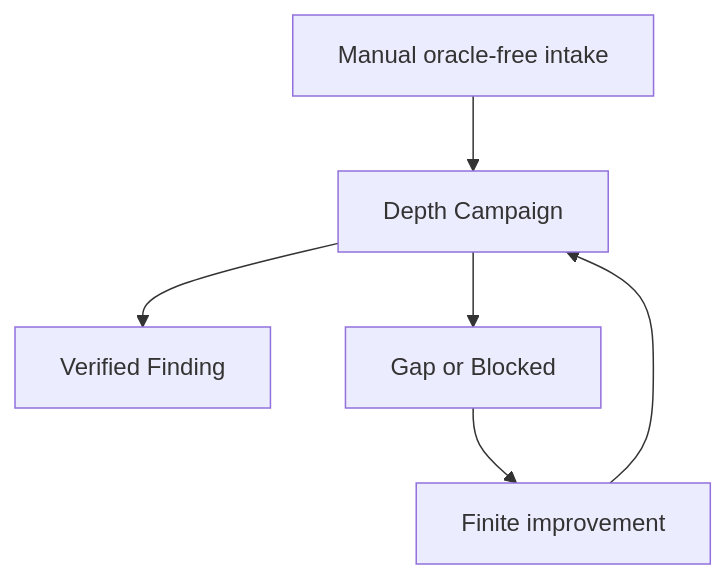
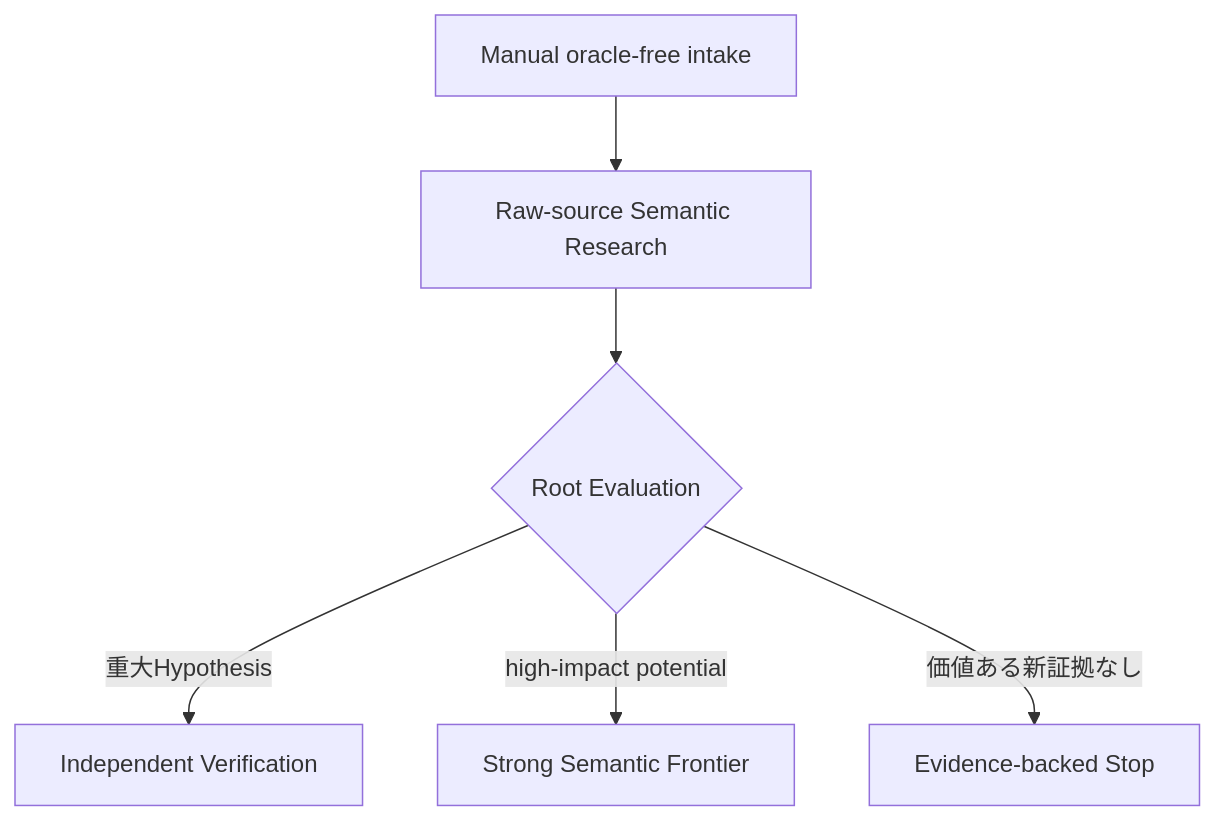
Before and after one commit to momoponwork1415-lgtm/wordpress-harness: the third of 7 diagrams in docs/design/roadmap.md, drawn with Mermaid. The commit also changed other lines of this file, not shown here.

Commit message:
Prioritize high-impact recall before breadth and cost

````diff
--- a/docs/design/roadmap.md
+++ b/docs/design/roadmap.md
@@ -42,12 +45,14 @@
 ```mermaid
 flowchart TB
     intake["Manual oracle-free intake"]
-    depth["Depth Campaign"]
-    finding["Verified Finding"]
-    gap["Gap or Blocked"]
-    improve["Finite improvement"]
+    semantic["Raw-source Semantic Research"]
+    decision{"Root Evaluation"}
+    verify["Independent Verification"]
+    frontier["Strong Semantic Frontier"]
+    stop["Evidence-backed Stop"]
 
-    intake --> depth
-    depth --> finding
-    depth --> gap --> improve --> depth
+    intake --> semantic --> decision
+    decision -->|"重大Hypothesis"| verify
+    decision -->|"high-impact potential"| frontier
+    decision -->|"価値ある新証拠なし"| stop
 ```
````
